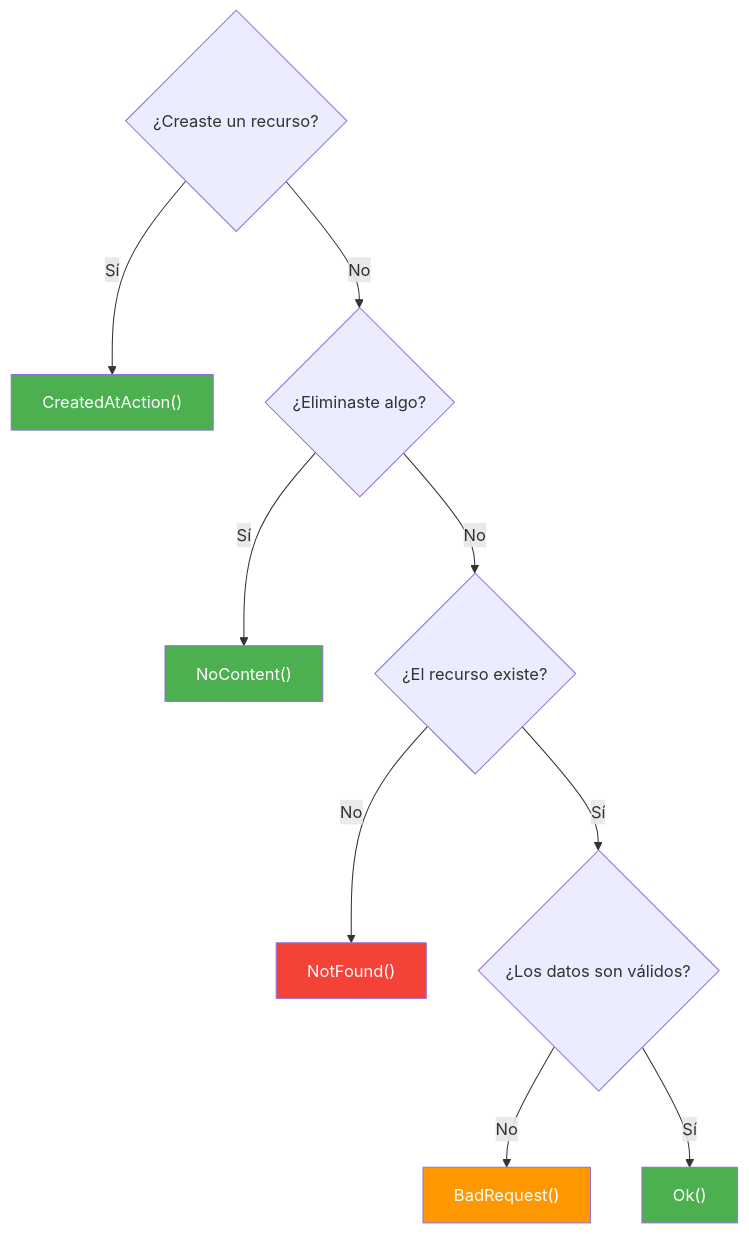
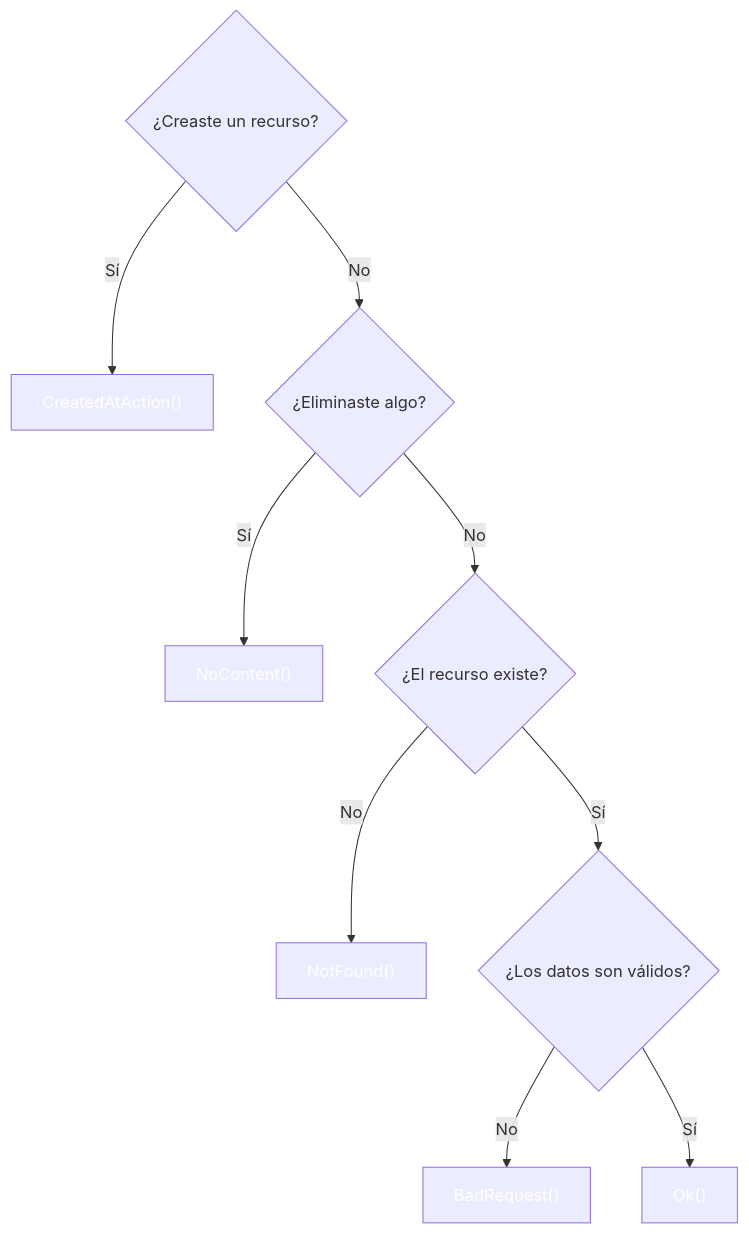
One commit to joseluisgs/DesarrolloWebEntornosServidor-02-2026-2027 changed the third of 3 diagrams in 04-controladores-mvc.md. Above: the diagram before and after it, drawn with Mermaid. The commit also changed other lines of this file and 41 other files, not shown here.

````diff
--- a/04-controladores-mvc.md
+++ b/04-controladores-mvc.md
@@ -373,16 +373,16 @@
 ```mermaid
 flowchart TD
     A{"¿Creaste un recurso?"} -->|Sí| B["CreatedAtAction()"]
     A -->|No| C{"¿Eliminaste algo?"}
     C -->|Sí| D["NoContent()"]
     C -->|No| E{"¿El recurso existe?"}
     E -->|No| F["NotFound()"]
     E -->|Sí| G{"¿Los datos son válidos?"}
     G -->|No| H["BadRequest()"]
     G -->|Sí| I["Ok()"]
-    style B fill:#4CAF50,color:#fff
-    style D fill:#4CAF50,color:#fff
-    style F fill:#f44336,color:#fff
-    style H fill:#FF9800,color:#fff
-    style I fill:#4CAF50,color:#fff
+    style B fill:#4CAF5,color:#fff0,color:#fff
+    style D fill:#4CAF5,color:#fff0,color:#fff
+    style F fill:#f4433,color:#fff6,color:#fff
+    style H fill:#FF980,color:#fff0,color:#fff
+    style I fill:#4CAF5,color:#fff0,color:#fff
 ```
````
